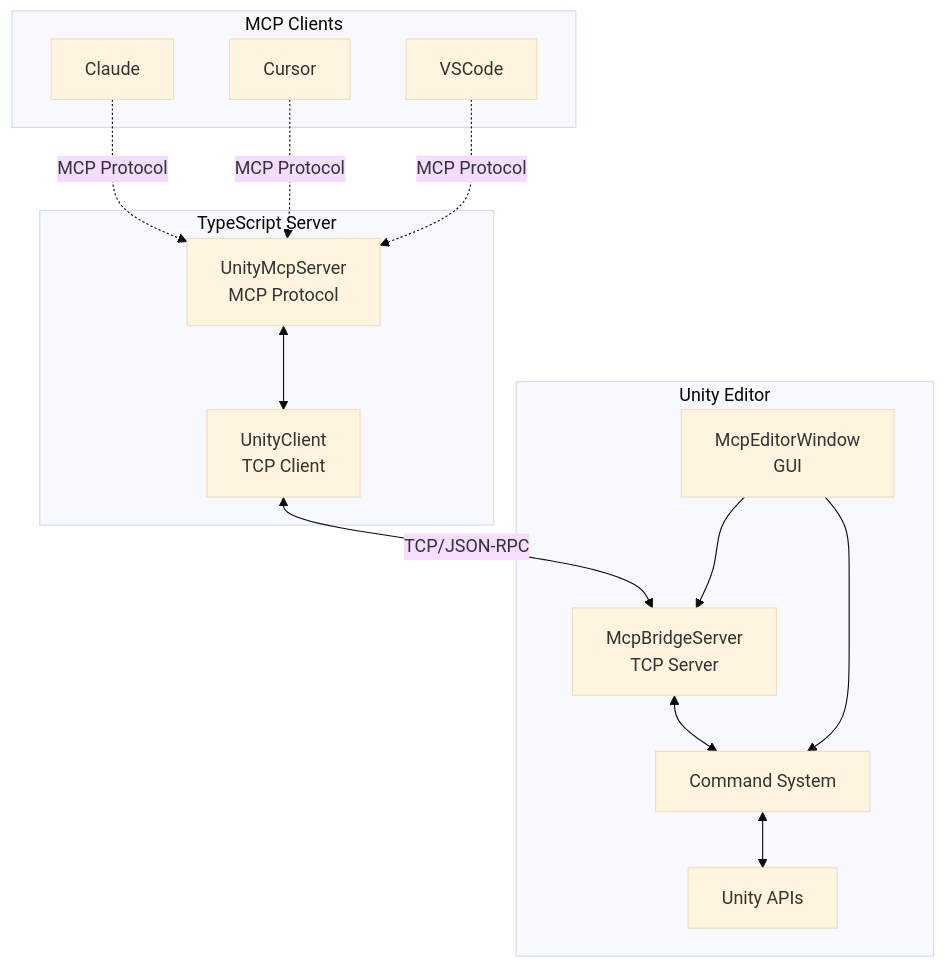
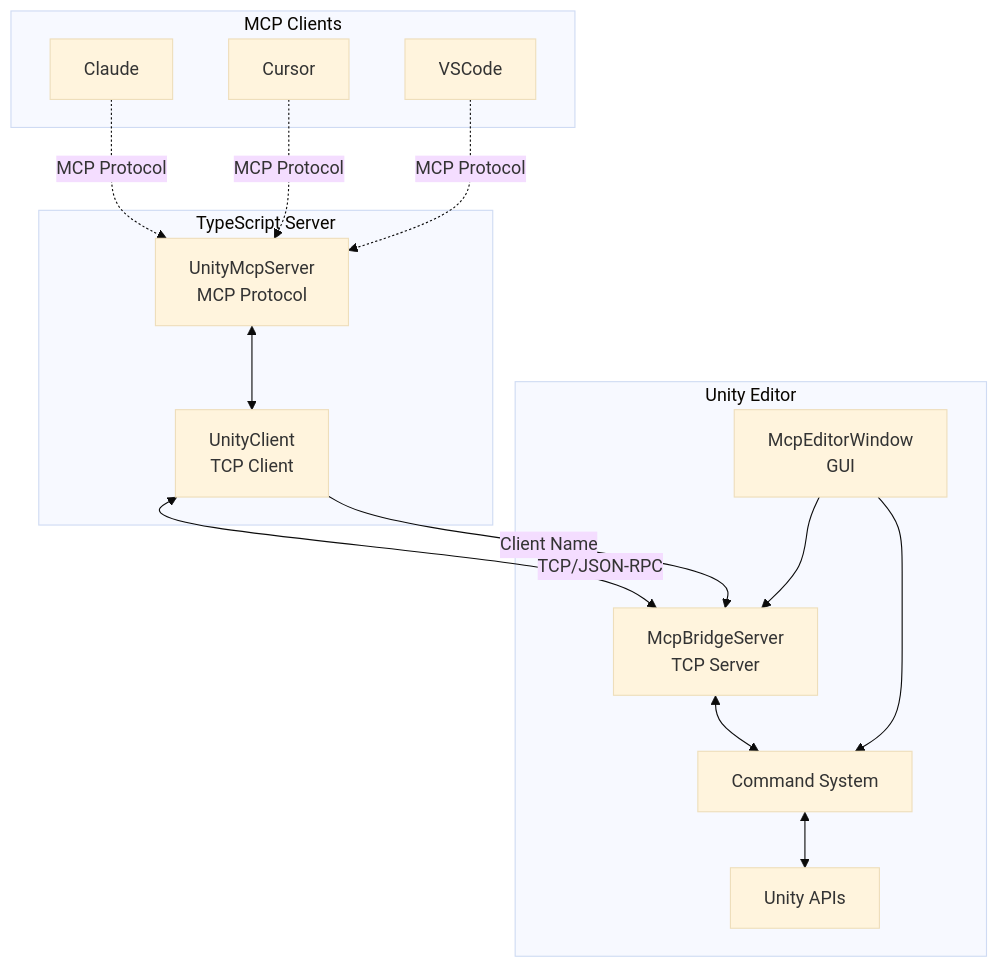
The first of 4 diagrams in Packages/src/Editor/ARCHITECTURE.md (hatayama/uMCP), drawn with Mermaid (base theme) before and after one commit. The commit also changed other lines of this file and 4 other files, not shown here.

````diff
--- a/Packages/src/Editor/ARCHITECTURE.md
+++ b/Packages/src/Editor/ARCHITECTURE.md
@@ -9,31 +9,32 @@
 ```mermaid
 graph TB
     subgraph "MCP Clients"
         Claude[Claude]
         Cursor[Cursor]
         VSCode[VSCode]
     end
     
     subgraph "TypeScript Server"
         MCP[UnityMcpServer<br/>MCP Protocol]
         UC[UnityClient<br/>TCP Client]
     end
     
     subgraph "Unity Editor"
         MB[McpBridgeServer<br/>TCP Server]
         CMD[Command System]
         UI[McpEditorWindow<br/>GUI]
         API[Unity APIs]
     end
     
     Claude -.->|MCP Protocol| MCP
     Cursor -.->|MCP Protocol| MCP
     VSCode -.->|MCP Protocol| MCP
     
     MCP <--> UC
     UC <-->|TCP/JSON-RPC| MB
+    UC -->|Client Name| MB
     MB <--> CMD
     CMD <--> API
     UI --> MB
     UI --> CMD
 ```
````
